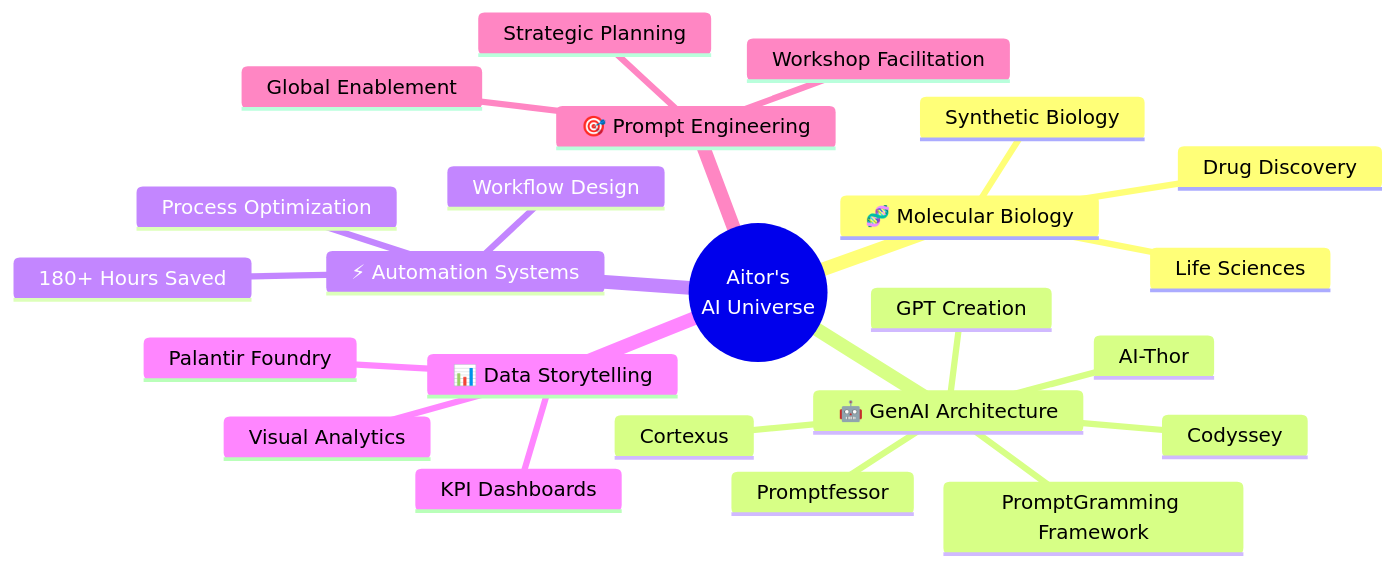
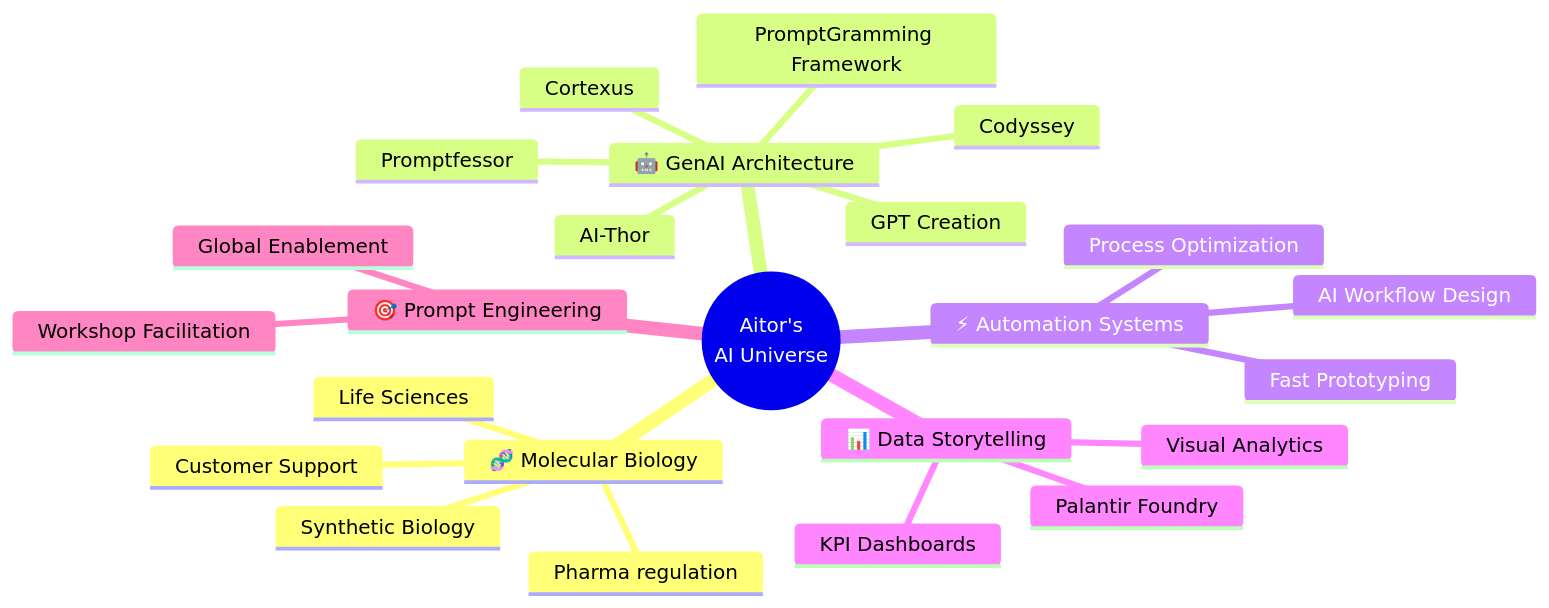
The diagram in README.md (rm2thaddeus/rm2thaddeus), drawn with Mermaid before and after one commit. The commit also changed other lines of this file, not shown here.

Commit message:
README.md updated

````diff
--- a/README.md
+++ b/README.md
@@ -32,27 +32,27 @@
 ```mermaid
 mindmap
   root((Aitor's<br/>AI Universe))
     🧬 Molecular Biology
       Synthetic Biology
-      Drug Discovery
+      Customer Support
+      Pharma regulation
       Life Sciences
     🤖 GenAI Architecture
       PromptGramming Framework
       GPT Creation
       AI-Thor
       Cortexus
       Promptfessor
       Codyssey
     ⚡ Automation Systems
+      Fast Prototyping
       Process Optimization
-      180+ Hours Saved
-      Workflow Design
+      AI Workflow Design
     📊 Data Storytelling
       Palantir Foundry
       KPI Dashboards
       Visual Analytics
     🎯 Prompt Engineering
-      Strategic Planning
       Workshop Facilitation
       Global Enablement
 ```  
````
